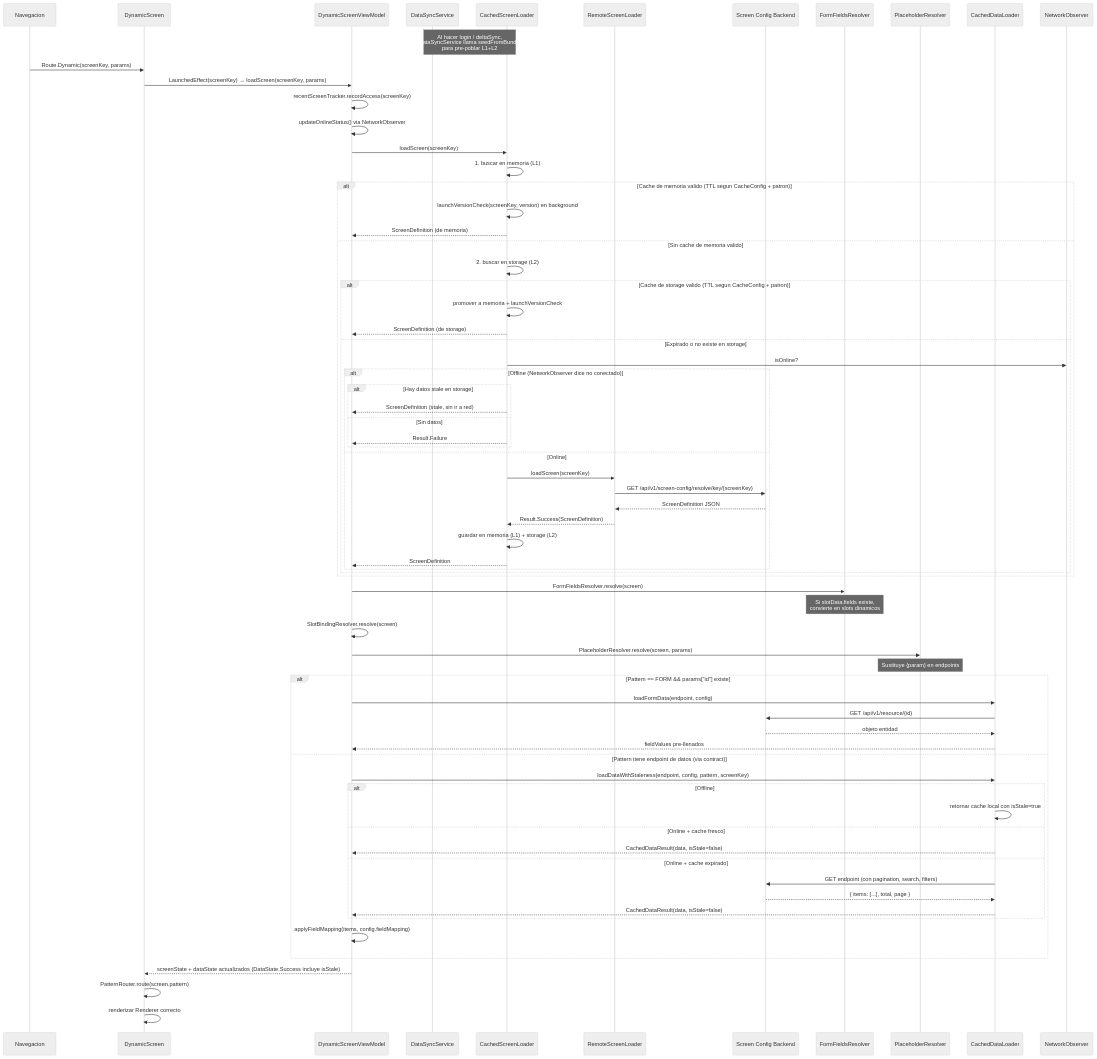
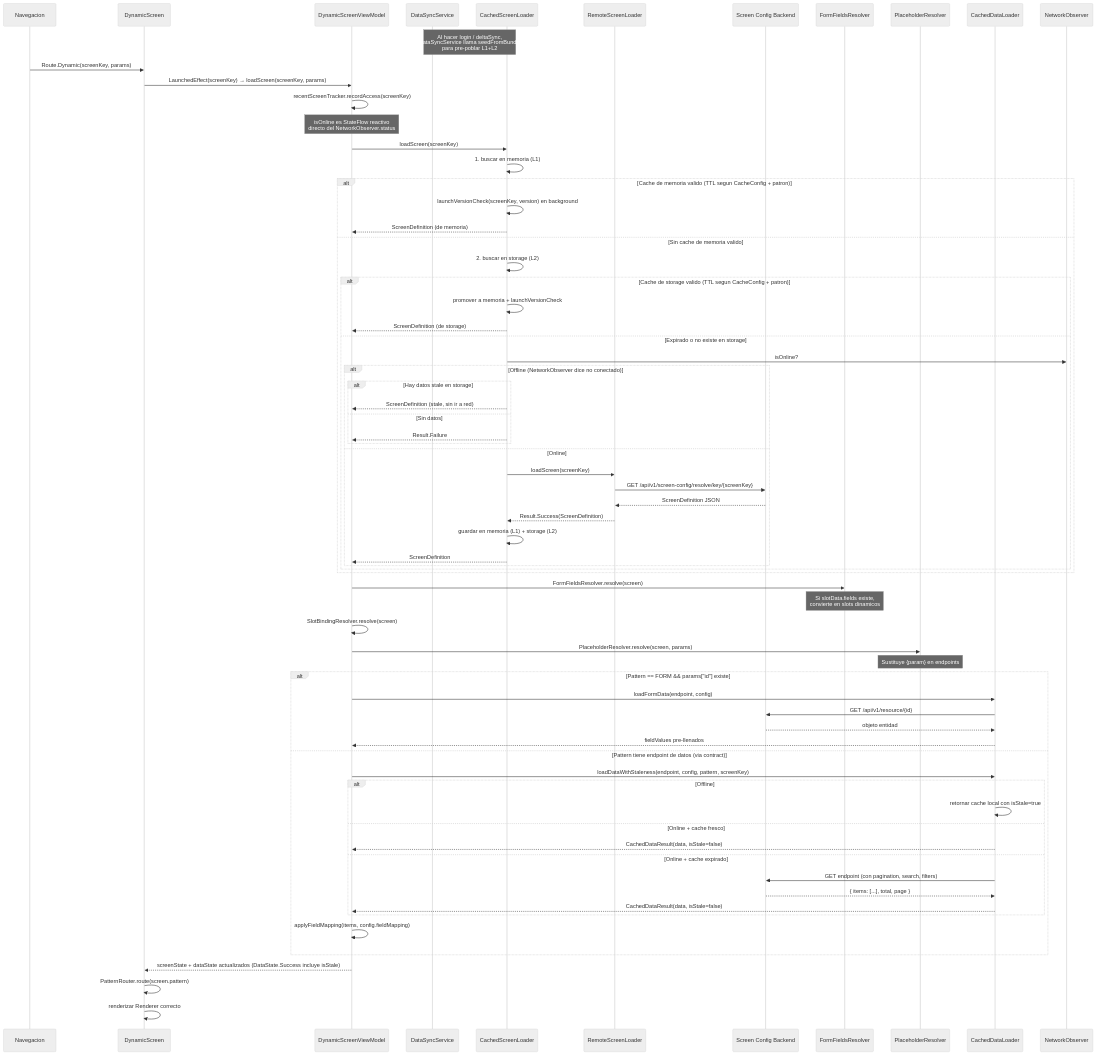
The second of 12 diagrams in docs/flujos-arquitectura/03-carga-sdui.md (EduGoGroup/EduUi-KMP), drawn with Mermaid (neutral theme) before and after one commit. The commit also changed other lines of this file and 9 other files, not shown here.

````diff
--- a/docs/flujos-arquitectura/03-carga-sdui.md
+++ b/docs/flujos-arquitectura/03-carga-sdui.md
@@ -158,81 +158,81 @@
 ```mermaid
 sequenceDiagram
     participant Nav as Navegacion
     participant DS as DynamicScreen
     participant VM as DynamicScreenViewModel
     participant Sync as DataSyncService
     participant CL as CachedScreenLoader
     participant RL as RemoteScreenLoader
     participant Backend as Screen Config Backend
     participant FR as FormFieldsResolver
     participant PR as PlaceholderResolver
     participant DL as CachedDataLoader
     participant NO as NetworkObserver
 
     Note over Sync,CL: Al hacer login / deltaSync,<br/>DataSyncService llama seedFromBundle<br/>para pre-poblar L1+L2
 
     Nav->>DS: Route.Dynamic(screenKey, params)
     DS->>VM: LaunchedEffect(screenKey) → loadScreen(screenKey, params)
 
     VM->>VM: recentScreenTracker.recordAccess(screenKey)
-    VM->>VM: updateOnlineStatus() via NetworkObserver
+    Note over VM: isOnline es StateFlow reactivo<br/>directo del NetworkObserver.status
 
     VM->>CL: loadScreen(screenKey)
 
     CL->>CL: 1. buscar en memoria (L1)
     alt Cache de memoria valido (TTL segun CacheConfig + patron)
         CL->>CL: launchVersionCheck(screenKey, version) en background
         CL-->>VM: ScreenDefinition (de memoria)
     else Sin cache de memoria valido
         CL->>CL: 2. buscar en storage (L2)
         alt Cache de storage valido (TTL segun CacheConfig + patron)
             CL->>CL: promover a memoria + launchVersionCheck
             CL-->>VM: ScreenDefinition (de storage)
         else Expirado o no existe en storage
             CL->>NO: isOnline?
             alt Offline (NetworkObserver dice no conectado)
                 alt Hay datos stale en storage
                     CL-->>VM: ScreenDefinition (stale, sin ir a red)
                 else Sin datos
                     CL-->>VM: Result.Failure
                 end
             else Online
                 CL->>RL: loadScreen(screenKey)
                 RL->>Backend: GET /api/v1/screen-config/resolve/key/{screenKey}
                 Backend-->>RL: ScreenDefinition JSON
                 RL-->>CL: Result.Success(ScreenDefinition)
                 CL->>CL: guardar en memoria (L1) + storage (L2)
                 CL-->>VM: ScreenDefinition
             end
         end
     end
 
     VM->>FR: FormFieldsResolver.resolve(screen)
     Note over FR: Si slotData.fields existe,<br/>convierte en slots dinamicos
     VM->>VM: SlotBindingResolver.resolve(screen)
     VM->>PR: PlaceholderResolver.resolve(screen, params)
     Note over PR: Sustituye {param} en endpoints
 
     alt Pattern == FORM && params["id"] existe
         VM->>DL: loadFormData(endpoint, config)
         DL->>Backend: GET /api/v1/resource/{id}
         Backend-->>DL: objeto entidad
         DL-->>VM: fieldValues pre-llenados
     else Pattern tiene endpoint de datos (via contract)
         VM->>DL: loadDataWithStaleness(endpoint, config, pattern, screenKey)
         alt Offline
             DL->>DL: retornar cache local con isStale=true
         else Online + cache fresco
             DL-->>VM: CachedDataResult(data, isStale=false)
         else Online + cache expirado
             DL->>Backend: GET endpoint (con pagination, search, filters)
             Backend-->>DL: { items: [...], total, page }
             DL-->>VM: CachedDataResult(data, isStale=false)
         end
         VM->>VM: applyFieldMapping(items, config.fieldMapping)
     end
 
     VM-->>DS: screenState + dataState actualizados (DataState.Success incluye isStale)
     DS->>DS: PatternRouter.route(screen.pattern)
     DS->>DS: renderizar Renderer correcto
 ```
````
